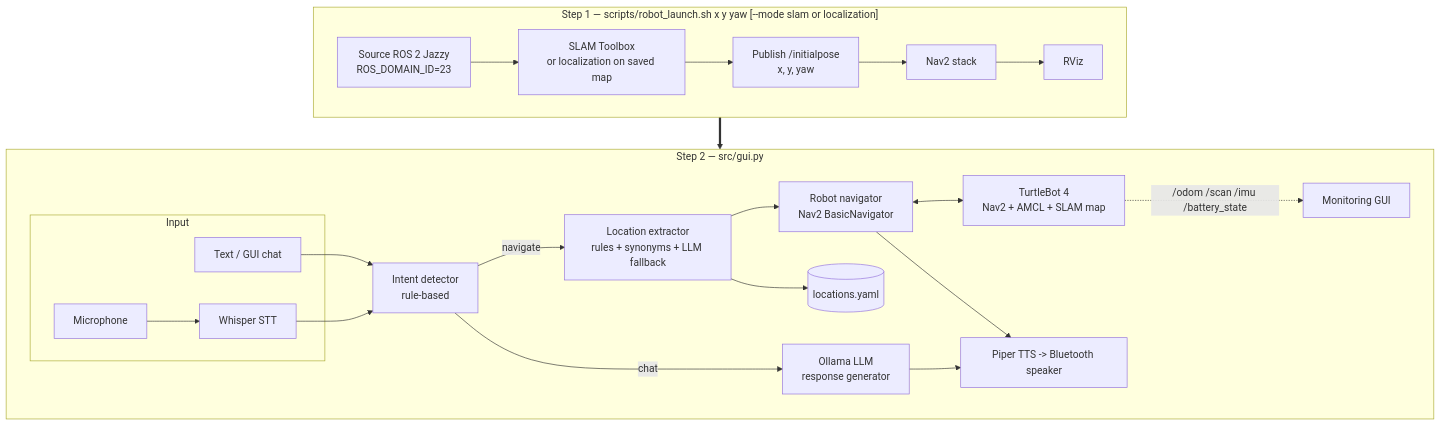
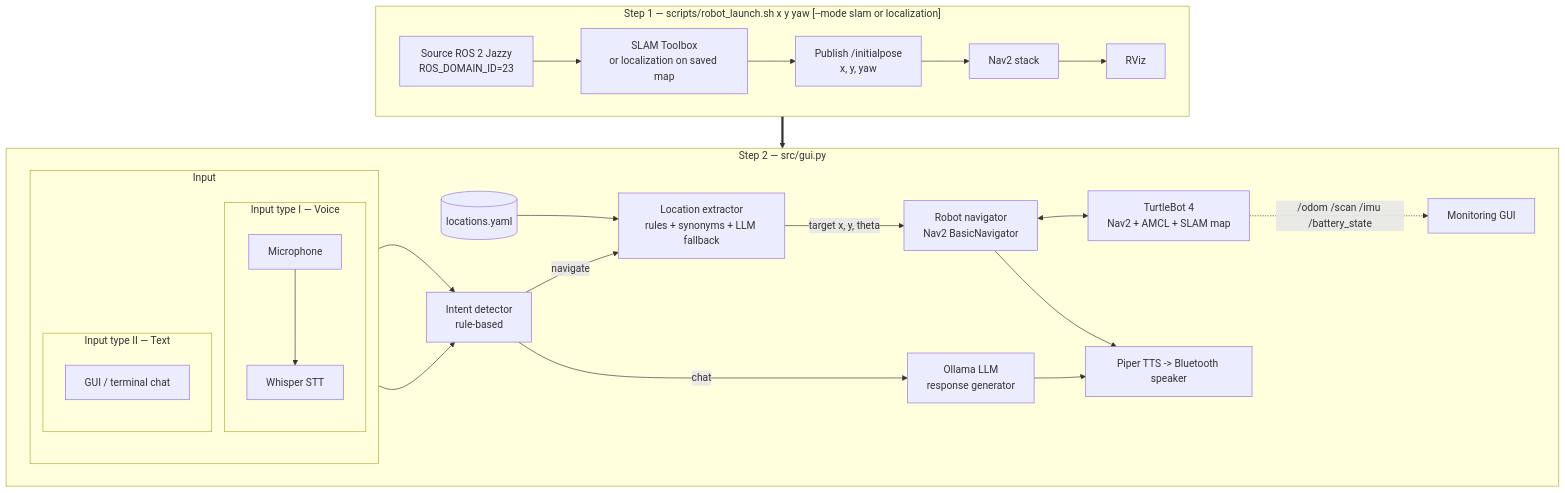
Before and after one commit to Huzaifa-Rahim-Malik/LLM-Based-Navigation-Using-Turtlebot4: the diagram in README.md, drawn with Mermaid. The commit also changed 3 other files, not shown here.

````diff
--- a/README.md
+++ b/README.md
@@ -33,30 +33,35 @@
 ```mermaid
 flowchart TB
     subgraph S1["Step 1 — scripts/robot_launch.sh  x y yaw  [--mode slam or localization]"]
       direction LR
       L1["Source ROS 2 Jazzy<br/>ROS_DOMAIN_ID=23"] --> L2["SLAM Toolbox<br/>or localization on saved map"]
       L2 --> L3["Publish /initialpose<br/>x, y, yaw"]
       L3 --> L4["Nav2 stack"]
       L4 --> L5["RViz"]
     end
 
     subgraph S2["Step 2 — src/gui.py"]
       direction LR
-      subgraph Input
-        MIC[Microphone] --> STT[Whisper STT]
-        TXT[Text / GUI chat]
+      subgraph Input["Input"]
+        direction TB
+        subgraph IN1["Input type I — Voice"]
+          MIC[Microphone] --> STT[Whisper STT]
+        end
+        subgraph IN2["Input type II — Text"]
+          TXT["GUI / terminal chat"]
+        end
       end
       STT --> INT["Intent detector<br/>rule-based"]
       TXT --> INT
       INT -- chat --> LLM["Ollama LLM<br/>response generator"]
       INT -- navigate --> LOC["Location extractor<br/>rules + synonyms + LLM fallback"]
-      LOC --> LM[("locations.yaml")]
-      LOC --> NAV["Robot navigator<br/>Nav2 BasicNavigator"]
+      LM[("locations.yaml")] --> LOC
+      LOC -- "target x, y, theta" --> NAV["Robot navigator<br/>Nav2 BasicNavigator"]
       NAV <--> ROBOT["TurtleBot 4<br/>Nav2 + AMCL + SLAM map"]
       LLM --> TTS["Piper TTS -> Bluetooth speaker"]
       NAV --> TTS
       ROBOT -. "/odom /scan /imu /battery_state" .-> GUI["Monitoring GUI"]
     end
 
     S1 ==> S2
 ```
````
